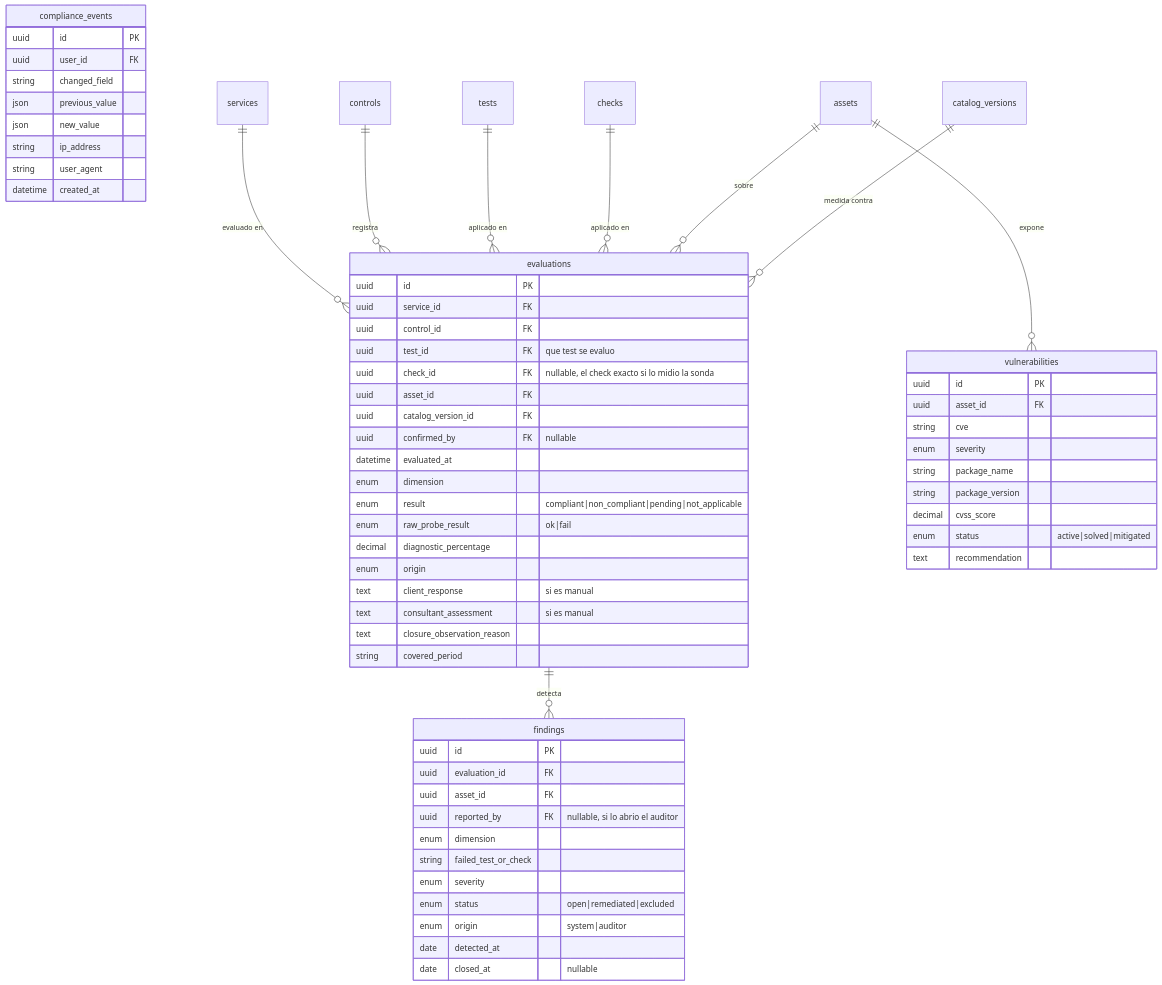
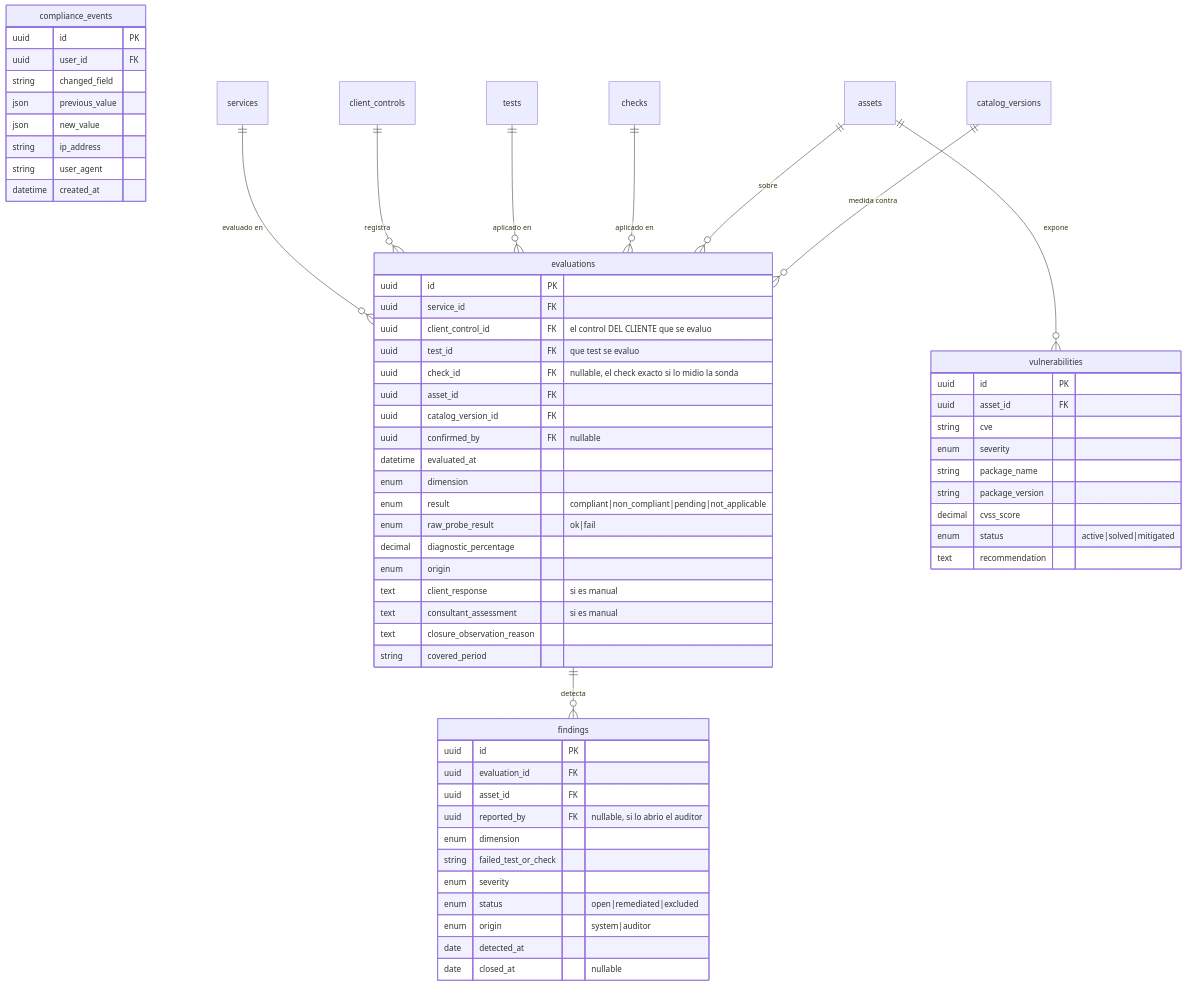
Diagram 14 of 16 in skills/product/monkey-compliance-council/references/modelo-datos.md (Monkey-GRC/Monkey-Brain-IA), drawn with Mermaid before and after one commit. The commit also changed other lines of this file and 12 other files, not shown here.

````diff
--- a/skills/product/monkey-compliance-council/references/modelo-datos.md
+++ b/skills/product/monkey-compliance-council/references/modelo-datos.md
@@ -1494,65 +1556,65 @@
 ```mermaid
 erDiagram
     evaluations {
         uuid id PK
         uuid service_id FK
-        uuid control_id FK
+        uuid client_control_id FK "el control DEL CLIENTE que se evaluo"
         uuid test_id FK "que test se evaluo"
         uuid check_id FK "nullable, el check exacto si lo midio la sonda"
         uuid asset_id FK
         uuid catalog_version_id FK
         uuid confirmed_by FK "nullable"
         datetime evaluated_at
         enum dimension
         enum result "compliant|non_compliant|pending|not_applicable"
         enum raw_probe_result "ok|fail"
         decimal diagnostic_percentage
         enum origin
         text client_response "si es manual"
         text consultant_assessment "si es manual"
         text closure_observation_reason
         string covered_period
     }
     findings {
         uuid id PK
         uuid evaluation_id FK
         uuid asset_id FK
         uuid reported_by FK "nullable, si lo abrio el auditor"
         enum dimension
         string failed_test_or_check
         enum severity
         enum status "open|remediated|excluded"
         enum origin "system|auditor"
         date detected_at
         date closed_at "nullable"
     }
     compliance_events {
         uuid id PK
         uuid user_id FK
         string changed_field
         json previous_value
         json new_value
         string ip_address
         string user_agent
         datetime created_at
     }
     vulnerabilities {
         uuid id PK
         uuid asset_id FK
         string cve
         enum severity
         string package_name
         string package_version
         decimal cvss_score
         enum status "active|solved|mitigated"
         text recommendation
     }
     services ||--o{ evaluations : "evaluado en"
-    controls ||--o{ evaluations : "registra"
+    client_controls ||--o{ evaluations : "registra"
     tests ||--o{ evaluations : "aplicado en"
     checks ||--o{ evaluations : "aplicado en"
     assets ||--o{ evaluations : "sobre"
     catalog_versions ||--o{ evaluations : "medida contra"
     evaluations ||--o{ findings : "detecta"
     assets ||--o{ vulnerabilities : "expone"
 ```
````
